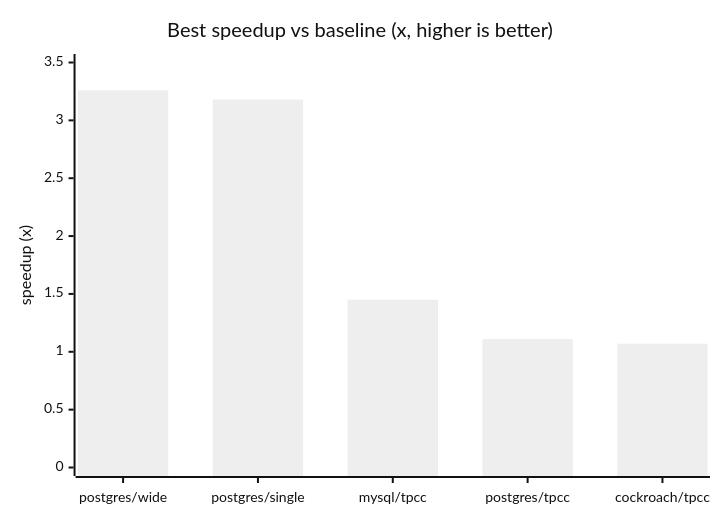
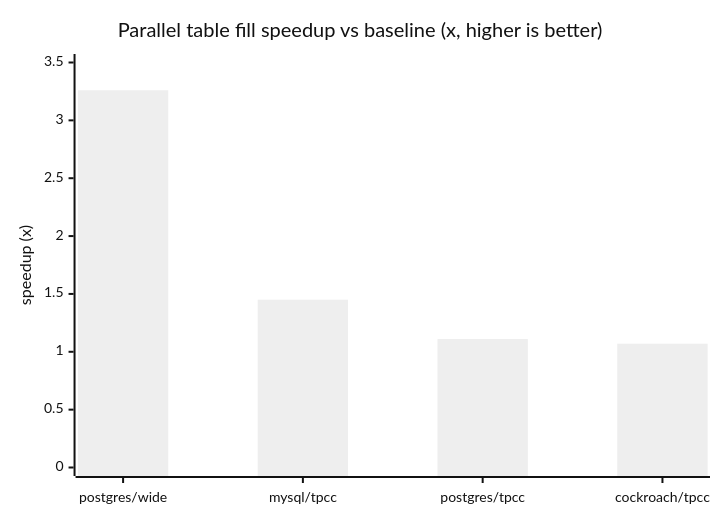
One commit to timveil/bloviate changed the second of 3 diagrams in BENCHMARKS.md. Above: the diagram before and after it, drawn with Mermaid (neutral theme). The commit also changed other lines of this file and 1 other file, not shown here.

````diff
--- a/BENCHMARKS.md
+++ b/BENCHMARKS.md
@@ -176,7 +200,7 @@
 ```mermaid
 xychart-beta
-    title "Best speedup vs baseline (x, higher is better)"
-    x-axis ["postgres/wide", "postgres/single", "mysql/tpcc", "postgres/tpcc", "cockroach/tpcc"]
+    title "Parallel table fill speedup vs baseline (x, higher is better)"
+    x-axis ["postgres/wide", "mysql/tpcc", "postgres/tpcc", "cockroach/tpcc"]
     y-axis "speedup (x)" 0 --> 3.5
-    bar [3.26, 3.18, 1.45, 1.11, 1.07]
+    bar [3.26, 1.45, 1.11, 1.07]
 ```
````
